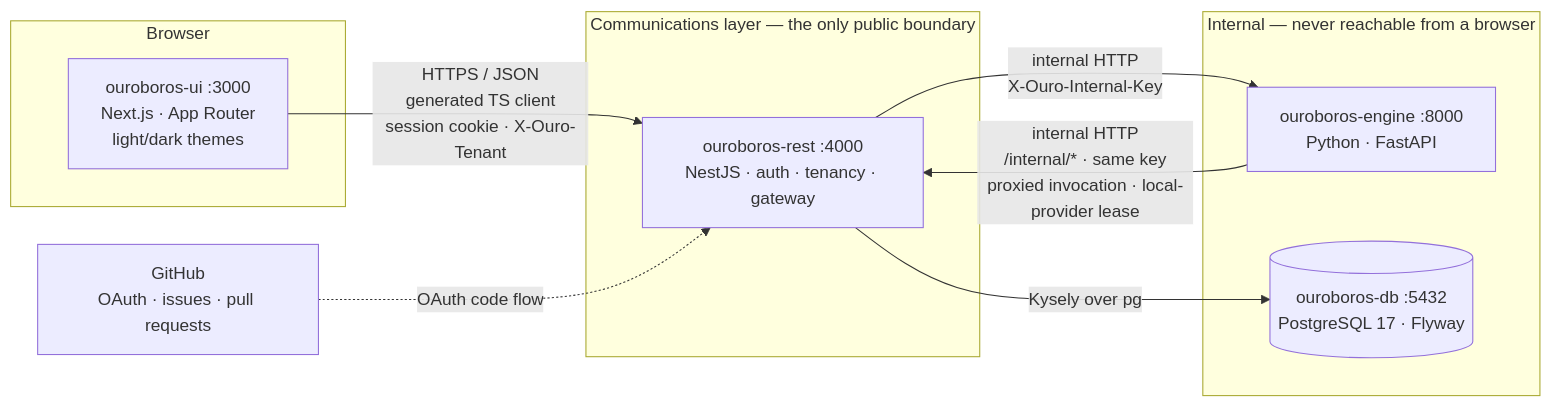
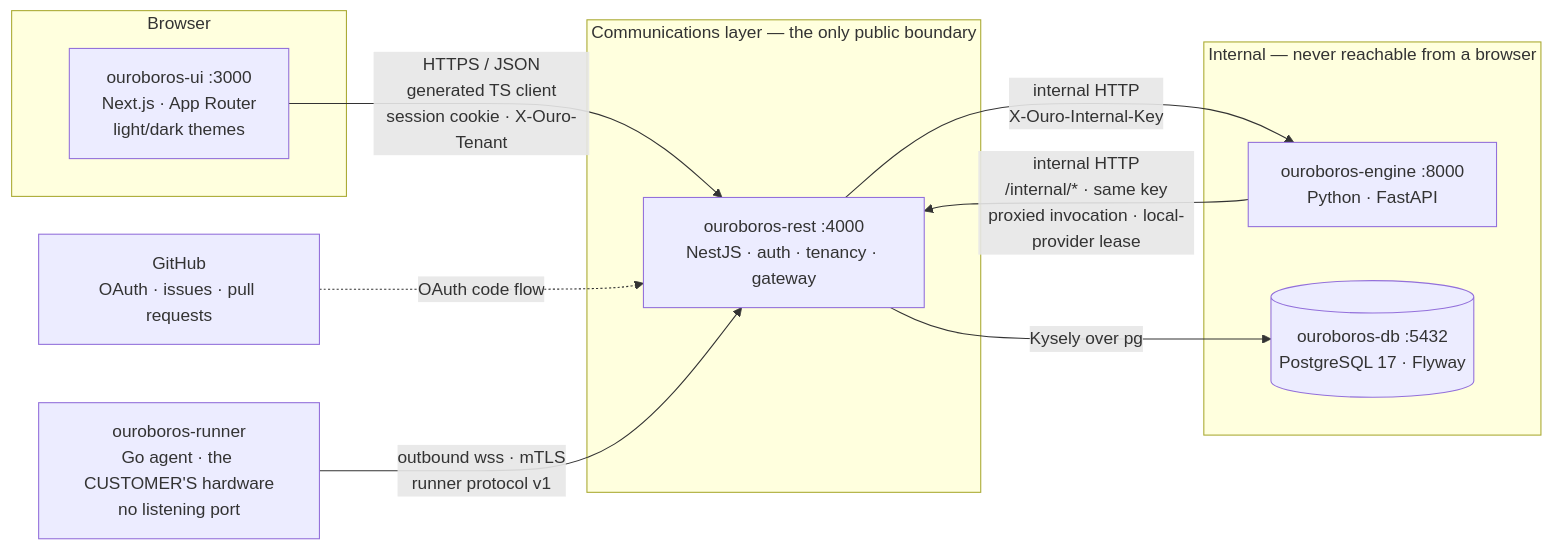
The first of 7 diagrams in docs/ARCHITECTURE.md (NobuData/ouroboros), drawn with Mermaid before and after one commit. The commit also changed other lines of this file and 93 other files, not shown here.

First line of the commit message:
Fix #243 - AG.1 Runner module scaffold & agent protocol spec

````diff
--- a/docs/ARCHITECTURE.md
+++ b/docs/ARCHITECTURE.md
@@ -48,19 +52,20 @@
 ```mermaid
 flowchart LR
     subgraph browser["Browser"]
         UI["ouroboros-ui :3000<br/>Next.js · App Router<br/>light/dark themes"]
     end
     subgraph comms["Communications layer — the only public boundary"]
         REST["ouroboros-rest :4000<br/>NestJS · auth · tenancy · gateway"]
     end
     subgraph internal["Internal — never reachable from a browser"]
         ENGINE["ouroboros-engine :8000<br/>Python · FastAPI"]
         DB[("ouroboros-db :5432<br/>PostgreSQL 17 · Flyway")]
     end
 
     UI -- "HTTPS / JSON<br/>generated TS client<br/>session cookie · X-Ouro-Tenant" --> REST
     REST -- "internal HTTP<br/>X-Ouro-Internal-Key" --> ENGINE
     ENGINE -- "internal HTTP<br/>/internal/* · same key<br/>proxied invocation · local-provider lease" --> REST
     REST -- "Kysely over pg" --> DB
     GH["GitHub<br/>OAuth · issues · pull requests"] -.->|"OAuth code flow"| REST
+    RUNNER["ouroboros-runner<br/>Go agent · the CUSTOMER'S hardware<br/>no listening port"] -- "outbound wss · mTLS<br/>runner protocol v1" --> REST
 ```
````
